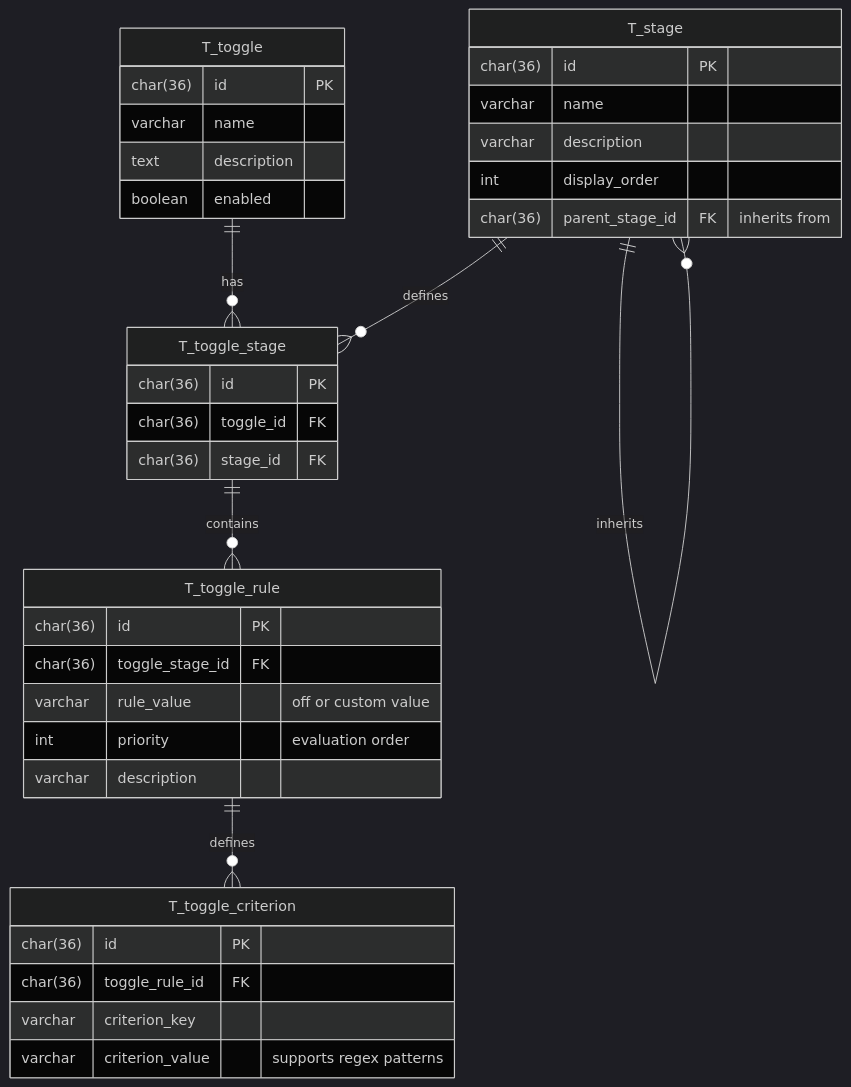
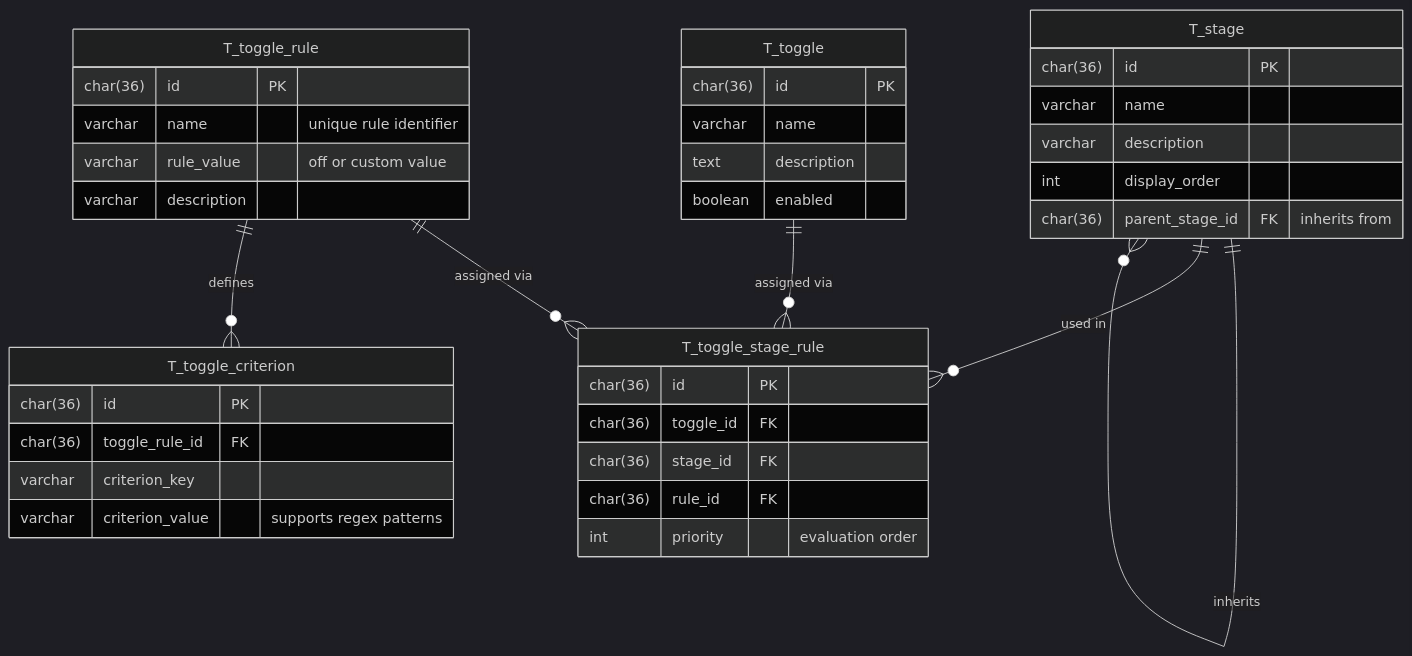
The first of 2 diagrams in docs/DESIGN.md (abstratium-dev/abstoggle), drawn with Mermaid (dark theme) before and after one commit. The commit also changed other lines of this file and 53 other files, not shown here.

````diff
--- a/docs/DESIGN.md
+++ b/docs/DESIGN.md
@@ -15,44 +15,45 @@
 ```mermaid
 erDiagram
     T_toggle {
         char(36) id PK
         varchar name
         text description
         boolean enabled
     }
 
     T_stage {
         char(36) id PK
         varchar name
         varchar description
         int display_order
         char(36) parent_stage_id FK "inherits from"
     }
 
-    T_toggle_stage {
+    T_toggle_rule {
+        char(36) id PK
+        varchar name "unique rule identifier"
+        varchar rule_value "off or custom value"
+        varchar description
+    }
+
+    T_toggle_stage_rule {
         char(36) id PK
         char(36) toggle_id FK
         char(36) stage_id FK
-    }
-
-    T_toggle_rule {
-        char(36) id PK
-        char(36) toggle_stage_id FK
-        varchar rule_value "off or custom value"
+        char(36) rule_id FK
         int priority "evaluation order"
-        varchar description
     }
 
     T_toggle_criterion {
         char(36) id PK
         char(36) toggle_rule_id FK
         varchar criterion_key
         varchar criterion_value "supports regex patterns"
     }
 
     T_stage ||--o{ T_stage : inherits
-    T_toggle ||--o{ T_toggle_stage : has
-    T_stage ||--o{ T_toggle_stage : defines
-    T_toggle_stage ||--o{ T_toggle_rule : contains
+    T_toggle ||--o{ T_toggle_stage_rule : "assigned via"
+    T_stage ||--o{ T_toggle_stage_rule : "used in"
+    T_toggle_rule ||--o{ T_toggle_stage_rule : "assigned via"
     T_toggle_rule ||--o{ T_toggle_criterion : defines
 ```
````
